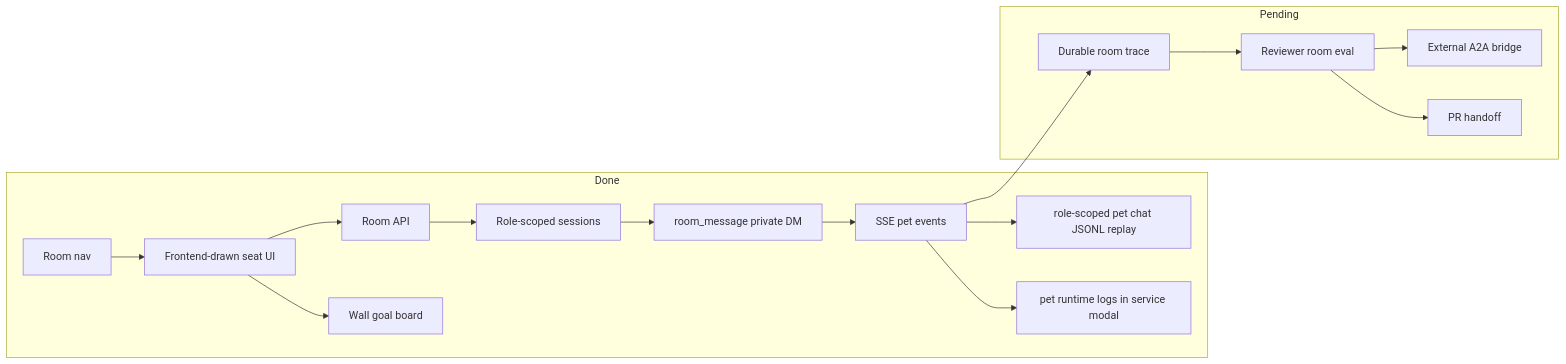
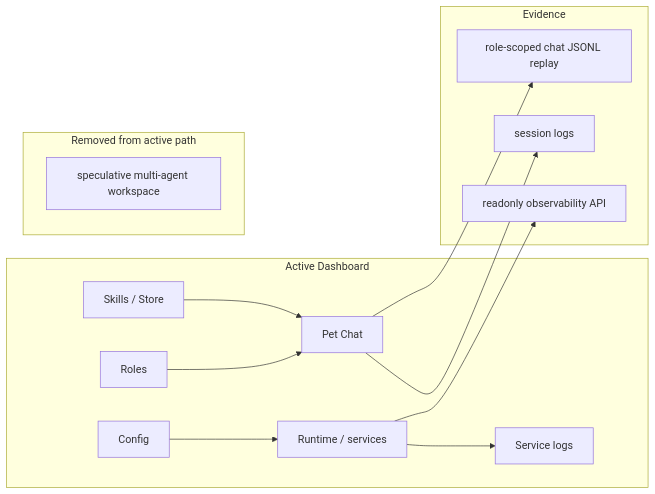
One commit to fightheyyy/XiaoBa-CLI changed the diagram in dashboard/PLAN.md. Above: the diagram before and after it, drawn with Mermaid. The commit also changed other lines of this file and 5 other files, not shown here.

Commit message:
Remove dashboard room surface

````diff
--- a/dashboard/PLAN.md
+++ b/dashboard/PLAN.md
@@ -13,34 +17,29 @@
 ```mermaid
 flowchart LR
-    subgraph Done["Done"]
-        Nav["Room nav"]
-        Surface["Frontend-drawn seat UI"]
-        API["Room API"]
-        Scoped["Role-scoped sessions"]
-        Goal["Wall goal board"]
-        PM["room_message private DM"]
-        Stream["SSE pet events"]
-        ChatHistory["role-scoped pet chat JSONL replay"]
-        Logs["pet runtime logs in service modal"]
+    subgraph Active["Active Dashboard"]
+        Runtime["Runtime / services"]
+        Chat["Pet Chat"]
+        Config["Config"]
+        Roles["Roles"]
+        Skills["Skills / Store"]
+        Logs["Service logs"]
     end
 
-    subgraph Pending["Pending"]
-        Durable["Durable room trace"]
-        Eval["Reviewer room eval"]
-        A2A["External A2A bridge"]
-        PR["PR handoff"]
+    subgraph Evidence["Evidence"]
+        ChatHistory["role-scoped chat JSONL replay"]
+        SessionLogs["session logs"]
+        ObsRead["readonly observability API"]
     end
 
-    Nav --> Surface
-    Surface --> API
-    Surface --> Goal
-    API --> Scoped
-    Scoped --> PM
-    PM --> Stream
-    Stream --> ChatHistory
-    Stream --> Logs
-    Stream --> Durable
-    Durable --> Eval
-    Eval --> A2A
-    Eval --> PR
+    subgraph Removed["Removed from active path"]
+        MultiAgent["speculative multi-agent workspace"]
+    end
+
+    Runtime --> Logs
+    Chat --> ChatHistory
+    Chat --> SessionLogs
+    Runtime --> ObsRead
+    Config --> Runtime
+    Roles --> Chat
+    Skills --> Chat
 ```
````
